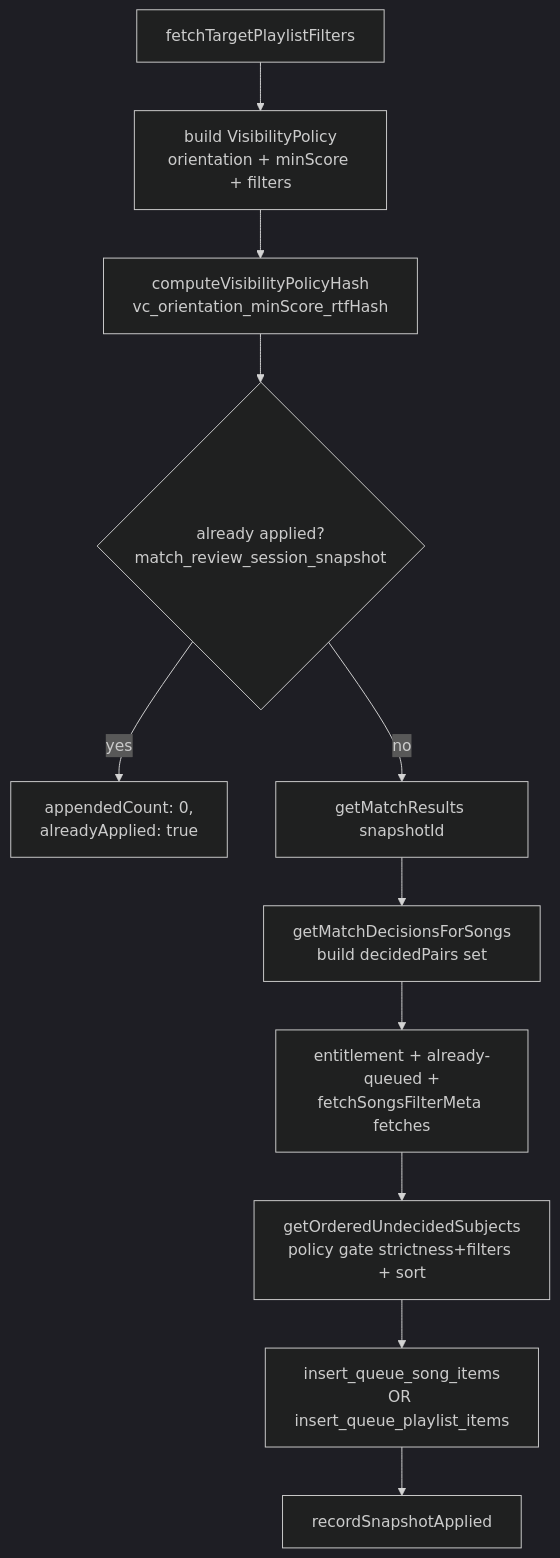
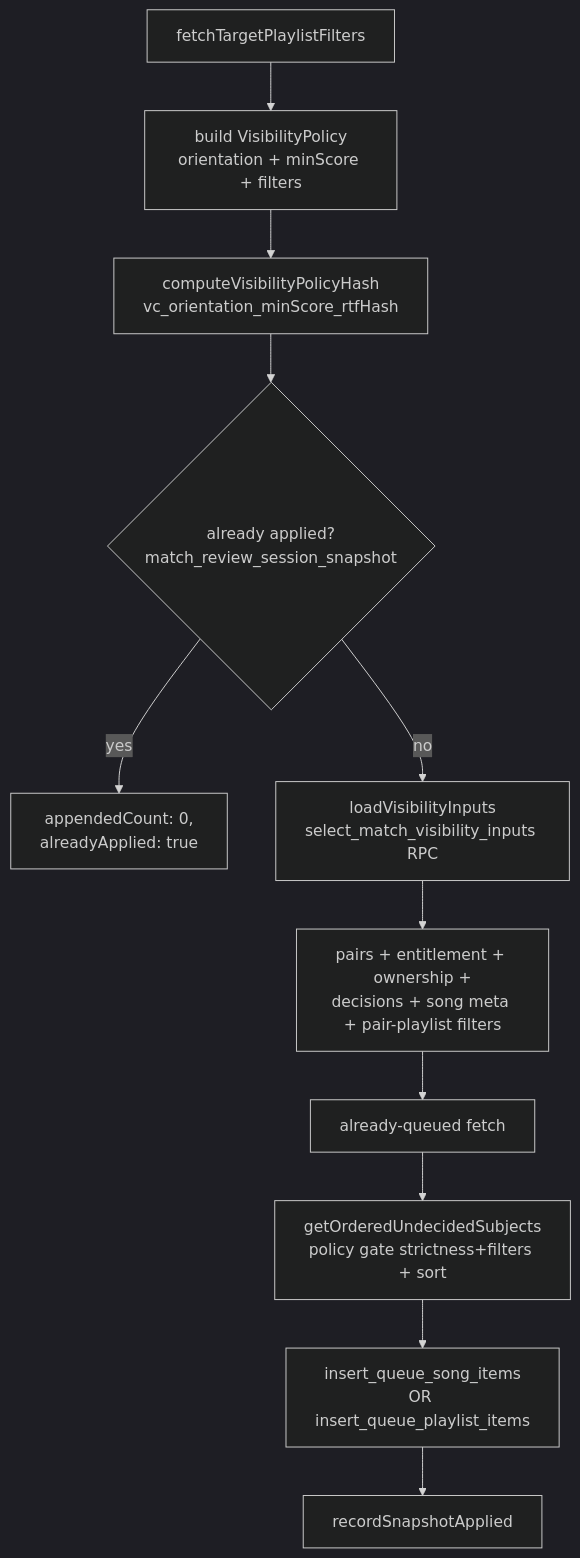
One commit to fabiogaliano/hearted.music changed the fifth of 9 diagrams in docs/architecture/matching/architecture.md. Above: the diagram before and after it, drawn with Mermaid (dark theme). The commit also changed other lines of this file and 17 other files, not shown here.

First line of the commit message:
refactor(match-review-queue): delete the readers loadVisibilityInputs replaced

````diff
--- a/docs/architecture/matching/architecture.md
+++ b/docs/architecture/matching/architecture.md
@@ -313,13 +313,13 @@
 ```mermaid
 flowchart TD
     A[fetchTargetPlaylistFilters] --> B[build VisibilityPolicy<br/>orientation + minScore + filters]
     B --> C[computeVisibilityPolicyHash<br/>vc_orientation_minScore_rtfHash]
     C --> D{already applied?<br/>match_review_session_snapshot}
     D -->|yes| E[appendedCount: 0,<br/>alreadyApplied: true]
-    D -->|no| F[getMatchResults snapshotId]
-    F --> G[getMatchDecisionsForSongs<br/>build decidedPairs set]
-    G --> H[entitlement + already-queued +<br/>fetchSongsFilterMeta fetches]
+    D -->|no| F[loadVisibilityInputs<br/>select_match_visibility_inputs RPC]
+    F --> G[pairs + entitlement + ownership +<br/>decisions + song meta + pair-playlist filters]
+    G --> H[already-queued fetch]
     H --> I[getOrderedUndecidedSubjects<br/>policy gate strictness+filters + sort]
     I --> J[insert_queue_song_items<br/>OR insert_queue_playlist_items]
     J --> K[recordSnapshotApplied]
 ```
````
